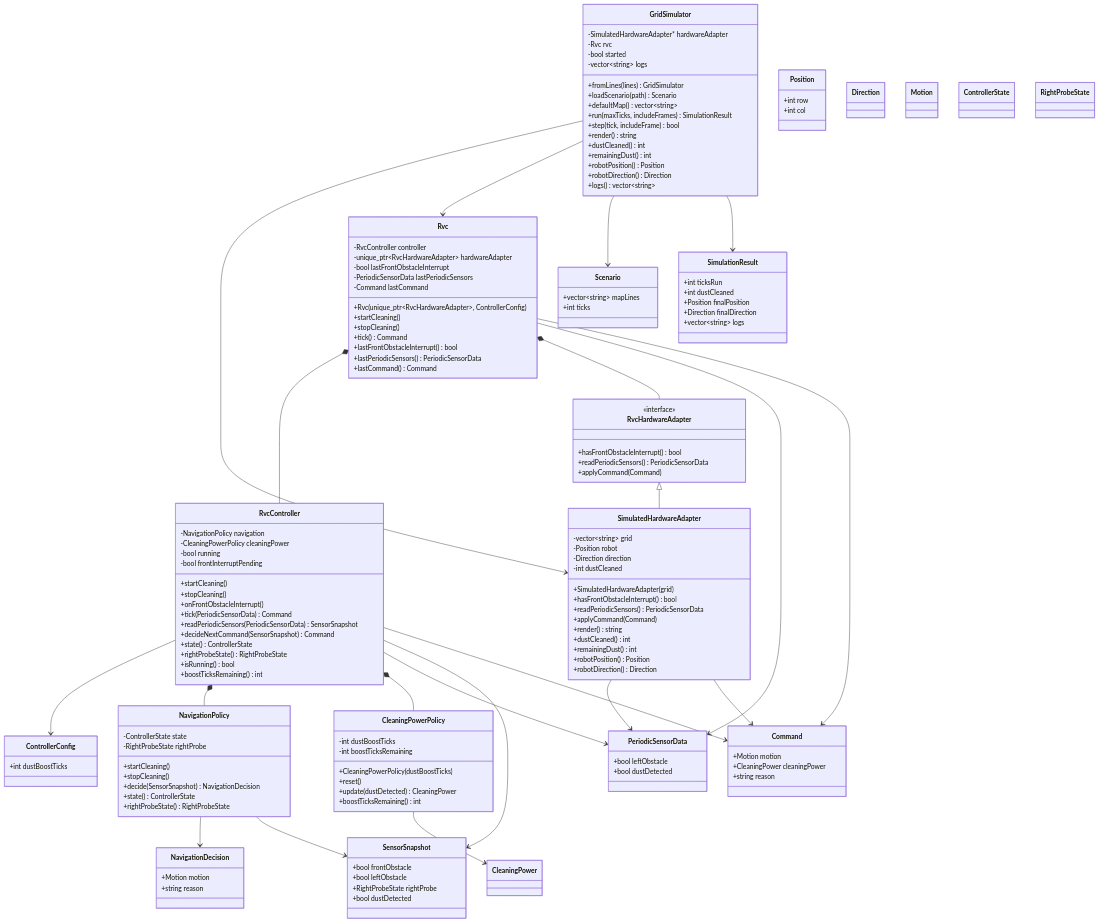
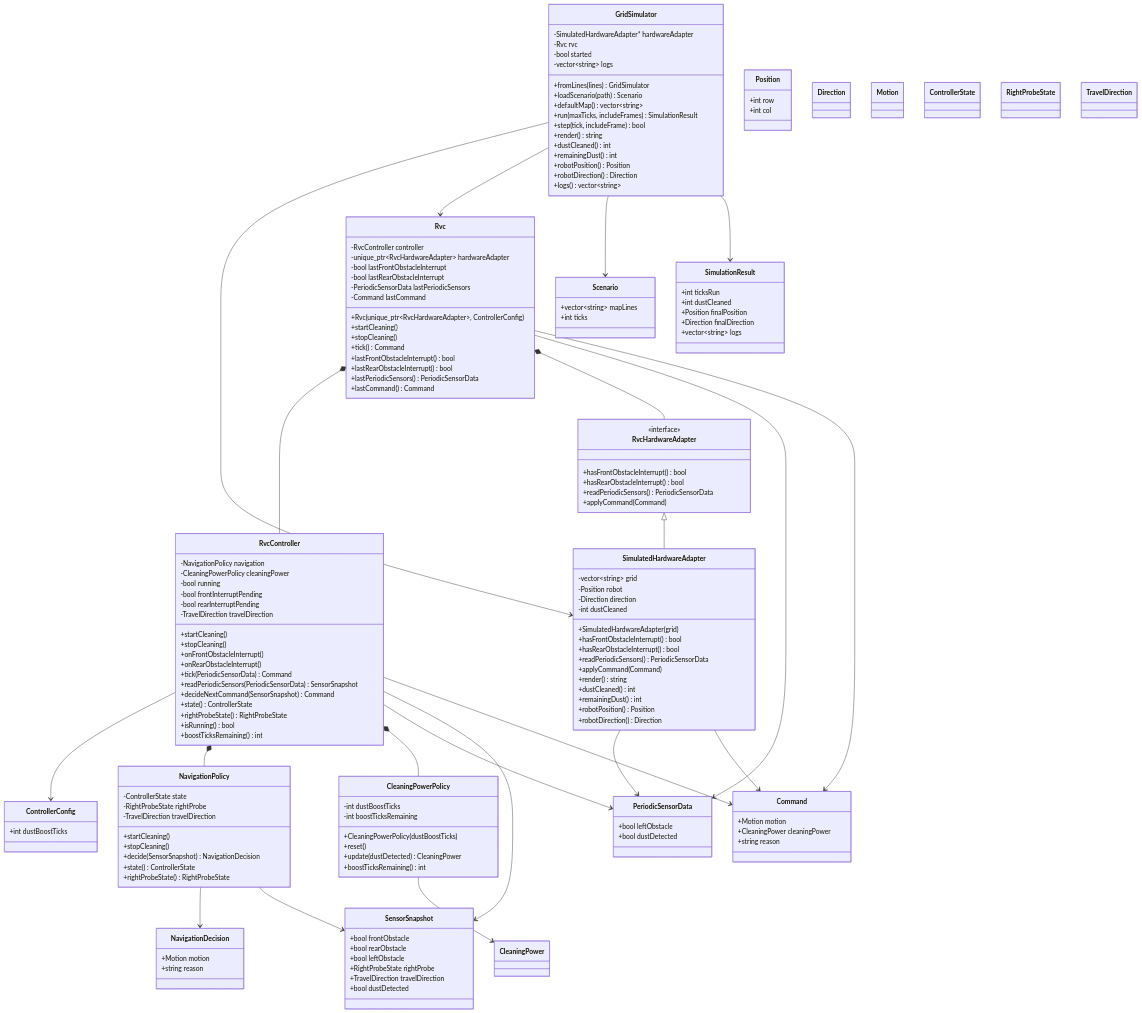
The diagram in docs/ood_class_diagram.md (reload02/ooad-vibe), drawn with Mermaid before and after one commit. The commit also changed other lines of this file and 9 other files, not shown here.

```diff
--- a/docs/ood_class_diagram.md
+++ b/docs/ood_class_diagram.md
@@ -15,6 +16,7 @@
         -RvcController controller
         -unique_ptr~RvcHardwareAdapter~ hardwareAdapter
         -bool lastFrontObstacleInterrupt
+        -bool lastRearObstacleInterrupt
         -PeriodicSensorData lastPeriodicSensors
         -Command lastCommand
         +Rvc(unique_ptr~RvcHardwareAdapter~, ControllerConfig)
@@ -22,6 +24,7 @@
         +stopCleaning()
         +tick() Command
         +lastFrontObstacleInterrupt() bool
+        +lastRearObstacleInterrupt() bool
         +lastPeriodicSensors() PeriodicSensorData
         +lastCommand() Command
     }
@@ -31,9 +34,12 @@
         -CleaningPowerPolicy cleaningPower
         -bool running
         -bool frontInterruptPending
+        -bool rearInterruptPending
+        -TravelDirection travelDirection
         +startCleaning()
         +stopCleaning()
         +onFrontObstacleInterrupt()
+        +onRearObstacleInterrupt()
         +tick(PeriodicSensorData) Command
         +readPeriodicSensors(PeriodicSensorData) SensorSnapshot
         +decideNextCommand(SensorSnapshot) Command
@@ -46,6 +52,7 @@
     class NavigationPolicy {
         -ControllerState state
         -RightProbeState rightProbe
+        -TravelDirection travelDirection
         +startCleaning()
         +stopCleaning()
         +decide(SensorSnapshot) NavigationDecision
@@ -78,8 +85,10 @@
 
     class SensorSnapshot {
         +bool frontObstacle
+        +bool rearObstacle
         +bool leftObstacle
         +RightProbeState rightProbe
+        +TravelDirection travelDirection
         +bool dustDetected
     }
 
@@ -92,6 +101,7 @@
     class RvcHardwareAdapter {
         <<interface>>
         +hasFrontObstacleInterrupt() bool
+        +hasRearObstacleInterrupt() bool
         +readPeriodicSensors() PeriodicSensorData
         +applyCommand(Command)
     }
@@ -103,6 +113,7 @@
         -int dustCleaned
         +SimulatedHardwareAdapter(grid)
         +hasFrontObstacleInterrupt() bool
+        +hasRearObstacleInterrupt() bool
         +readPeriodicSensors() PeriodicSensorData
         +applyCommand(Command)
         +render() string
@@ -153,6 +164,7 @@
     class CleaningPower
     class ControllerState
     class RightProbeState
+    class TravelDirection
 
     Rvc *-- RvcController
     Rvc *-- RvcHardwareAdapter
```
